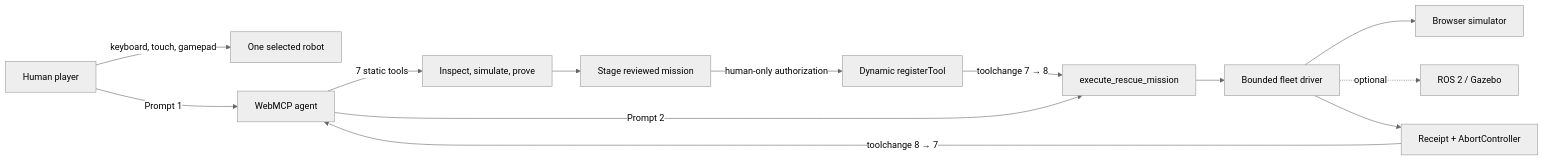
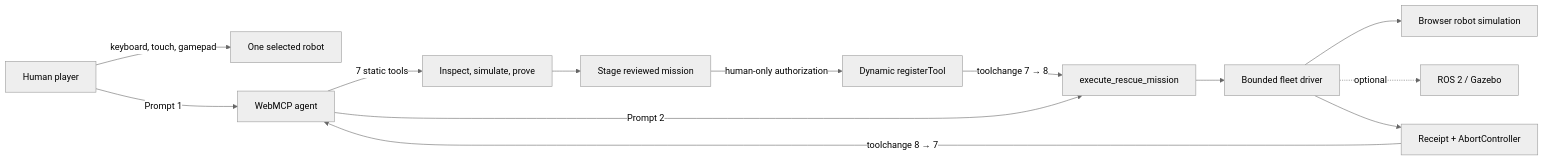
The diagram in README.md (bilgin-kocak/firebreak), drawn with Mermaid (neutral theme) before and after one commit. The commit also changed other lines of this file and 18 other files, not shown here.

````diff
--- a/README.md
+++ b/README.md
@@ -85,15 +85,15 @@
 ```mermaid
 flowchart LR
   H[Human player] -->|keyboard, touch, gamepad| R1[One selected robot]
   H -->|Prompt 1| A[WebMCP agent]
   A -->|7 static tools| P[Inspect, simulate, prove]
   P --> S[Stage reviewed mission]
   S -->|human-only authorization| D[Dynamic registerTool]
   D -->|toolchange 7 → 8| M[execute_rescue_mission]
   A -->|Prompt 2| M
   M --> X[Bounded fleet driver]
-  X --> B[Browser simulator]
+  X --> B[Browser robot simulation]
   X -. optional .-> ROS[ROS 2 / Gazebo]
   X --> C[Receipt + AbortController]
   C -->|toolchange 8 → 7| A
 ```
````
